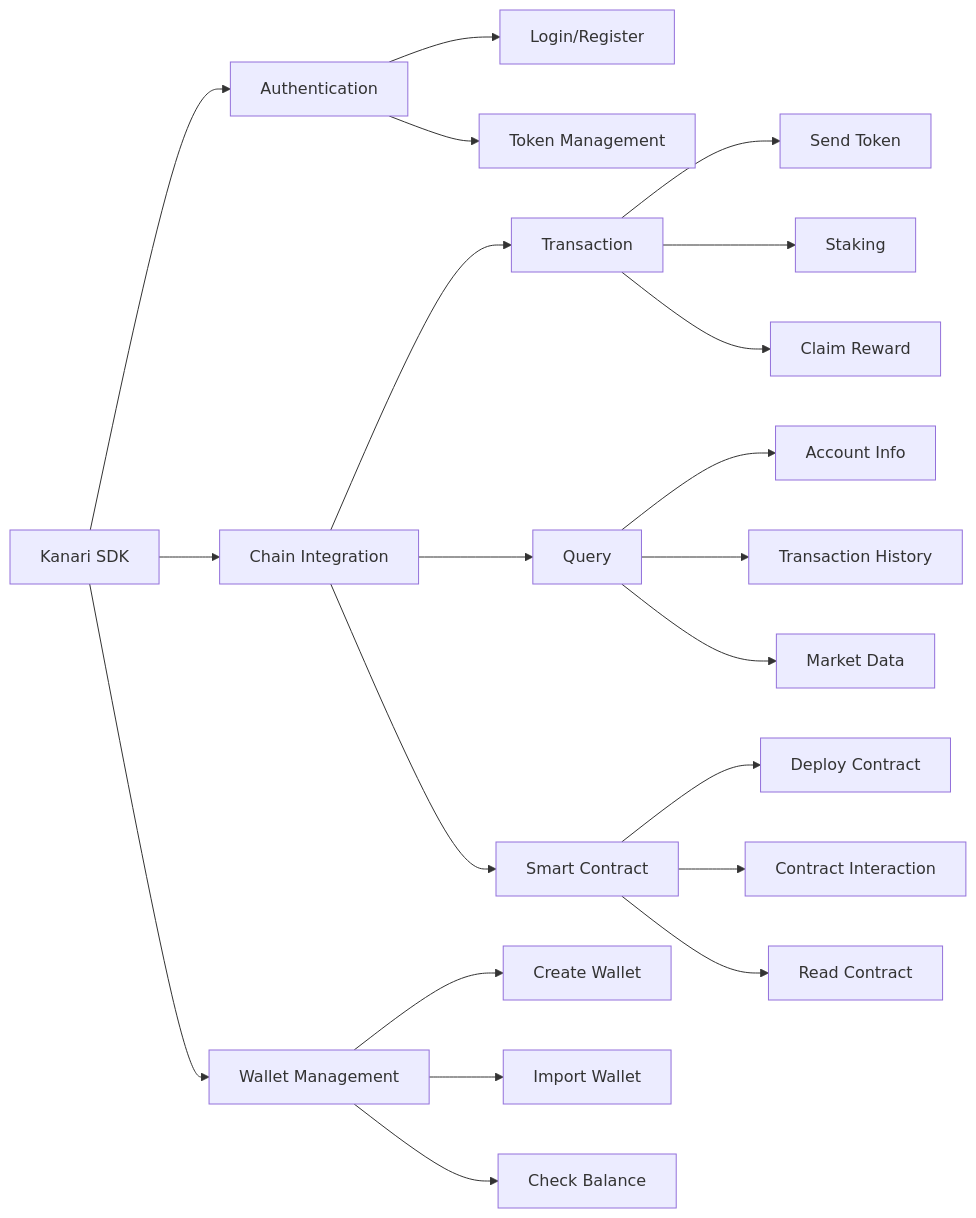
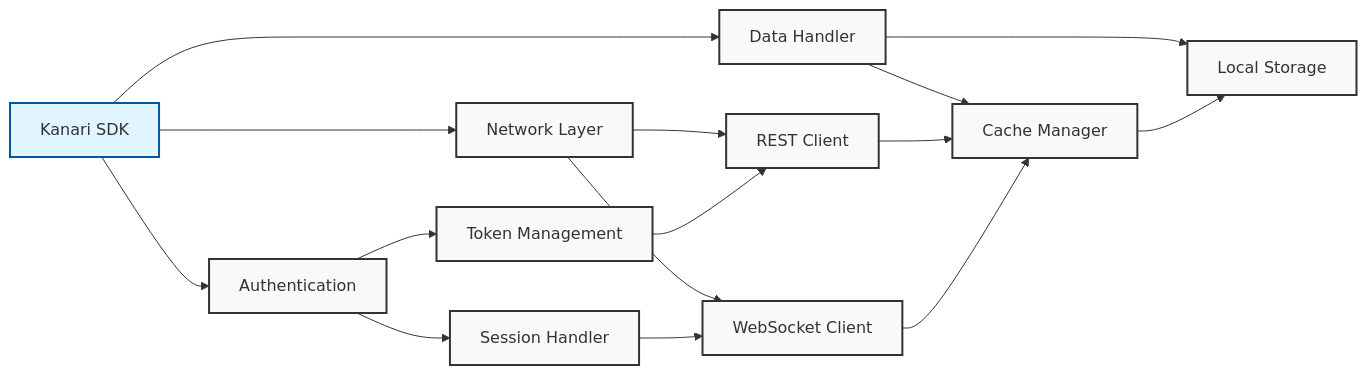
The diagram in README.md (kanari-network/kanari-sdk), drawn with Mermaid before and after one commit. The commit also changed other lines of this file, not shown here.

Commit message:
Update architecture diagram in README to reflect new components and relationships

````diff
--- a/README.md
+++ b/README.md
@@ -3,30 +5,32 @@
 ```mermaid
-    flowchart LR
-        SDK[Kanari SDK] --> Auth[Authentication]
-        SDK --> Chain[Chain Integration]
-        SDK --> Wallet[Wallet Management]
-        
-        Auth --> Login[Login/Register]
-        Auth --> Token[Token Management]
-        
-        Chain --> TX[Transaction]
-        Chain --> Query[Query]
-        Chain --> Contract[Smart Contract]
-        
-        Wallet --> Create[Create Wallet]
-        Wallet --> Import[Import Wallet]
-        Wallet --> Balance[Check Balance]
-        
-        TX --> Send[Send Token]
-        TX --> Stake[Staking]
-        TX --> Reward[Claim Reward]
-        
-        Query --> Account[Account Info]
-        Query --> History[Transaction History]
-        Query --> Market[Market Data]
-        
-        Contract --> Deploy[Deploy Contract]
-        Contract --> Interact[Contract Interaction]
-        Contract --> Read[Read Contract]
+flowchart LR
+    %% Main Components
+    SDK[Kanari SDK] --> Auth[Authentication]
+    SDK --> Network[Network Layer]
+    SDK --> Data[Data Handler]
+
+    %% Authentication Flow
+    Auth --> Token[Token Management]
+    Auth --> Session[Session Handler]
+
+    %% Network Components
+    Network --> REST[REST Client]
+    Network --> WS[WebSocket Client]
+
+    %% Data Handling
+    Data --> Cache[Cache Manager]
+    Data --> Storage[Local Storage]
+
+    %% Relationships
+    Token --> REST
+    Session --> WS
+    REST --> Cache
+    WS --> Cache
+    Cache --> Storage
+
+    %% Styling
+    classDef default fill:#f9f9f9,stroke:#333,stroke-width:2px;
+    classDef highlight fill:#e1f5fe,stroke:#01579b,stroke-width:2px;
+    class SDK highlight
    
 ```
````
